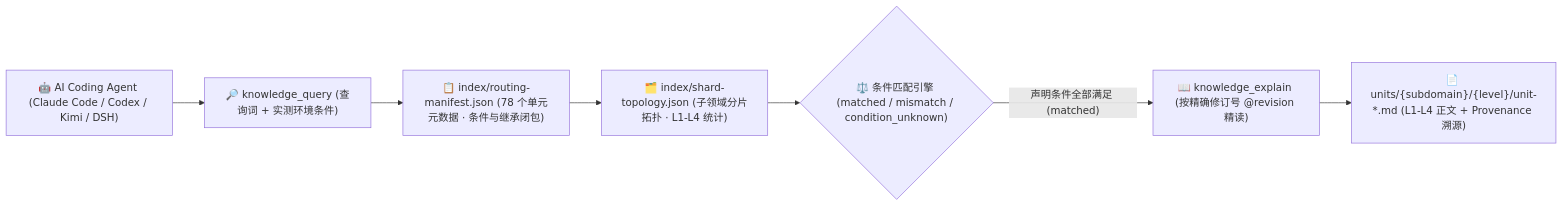
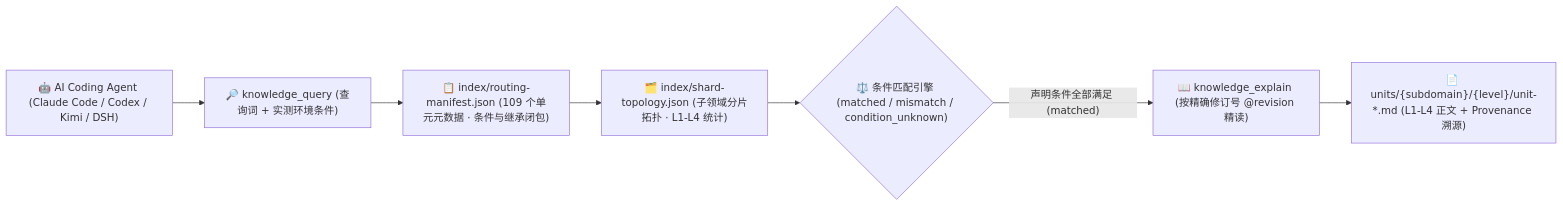
One commit to mindie-agent/knowledge-infer-core changed the diagram in README.md. Above: the diagram before and after it, drawn with Mermaid. The commit also changed other lines of this file and 9 other files, not shown here.

````diff
--- a/README.md
+++ b/README.md
@@ -99,13 +99,13 @@
 ```mermaid
 flowchart LR
   Agent["🤖 AI Coding Agent (Claude Code / Codex / Kimi / DSH)"]
   Query["🔎 knowledge_query (查询词 + 实测环境条件)"]
-  Manifest["📋 index/routing-manifest.json (78 个单元元数据 · 条件与继承闭包)"]
+  Manifest["📋 index/routing-manifest.json (109 个单元元数据 · 条件与继承闭包)"]
   Topology["🗂️ index/shard-topology.json (子领域分片拓扑 · L1-L4 统计)"]
   Match{"⚖️ 条件匹配引擎 (matched / mismatch / condition_unknown)"}
   Explain["📖 knowledge_explain (按精确修订号 @revision 精读)"]
   Units["📄 units/{subdomain}/{level}/unit-*.md (L1-L4 正文 + Provenance 溯源)"]
 
   Agent --> Query --> Manifest --> Topology --> Match
   Match -- "声明条件全部满足 (matched)" --> Explain --> Units
 ```
````
